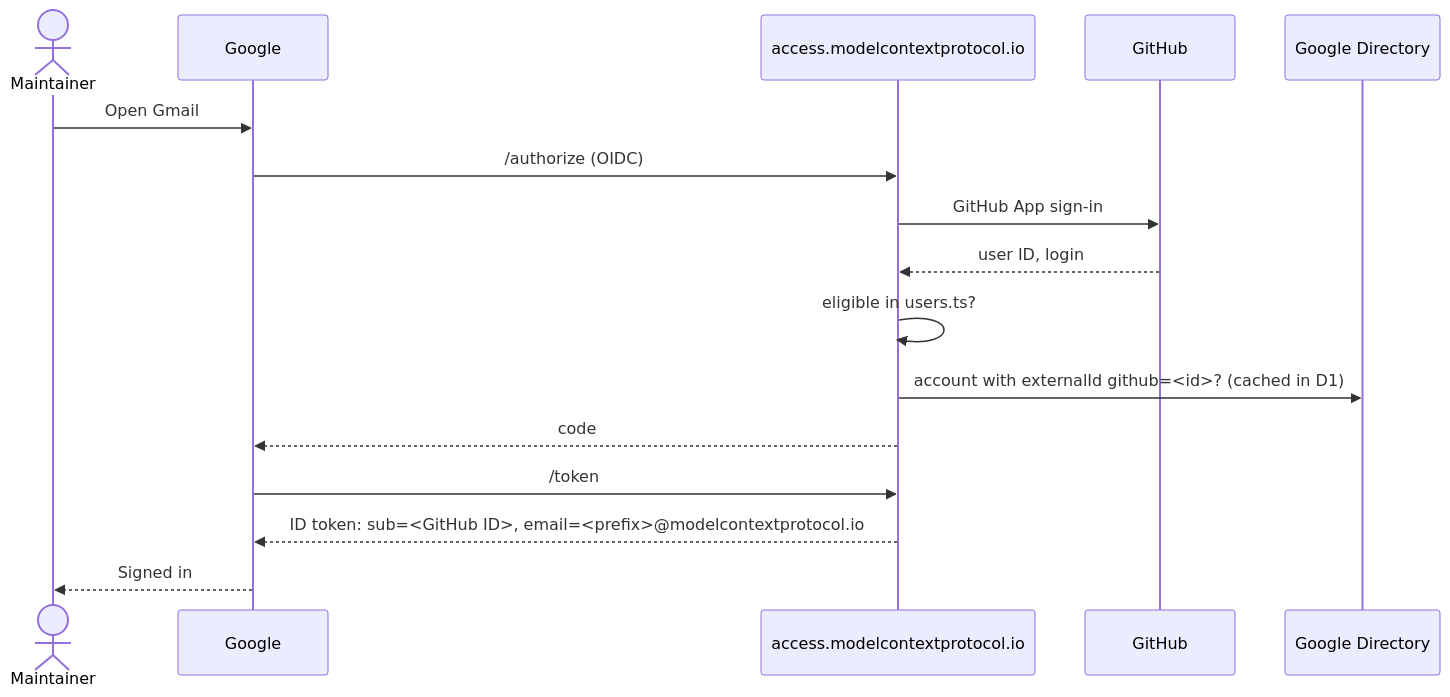
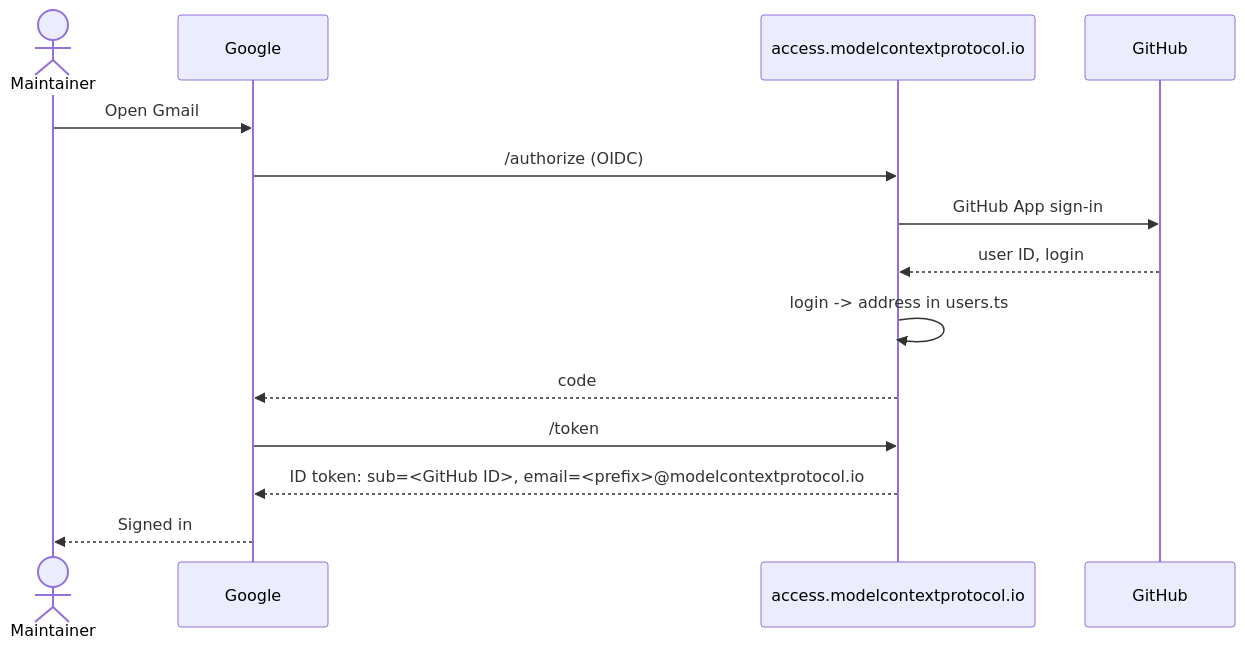
The diagram in access-site/README.md (modelcontextprotocol/access), drawn with Mermaid before and after one commit. The commit also changed other lines of this file and 26 other files, not shown here.

````diff
--- a/access-site/README.md
+++ b/access-site/README.md
@@ -15,18 +13,16 @@
 ```mermaid
 sequenceDiagram
   actor M as Maintainer
   participant G as Google
   participant W as access.modelcontextprotocol.io
   participant GH as GitHub
-  participant D as Google Directory
   M->>G: Open Gmail
   G->>W: /authorize (OIDC)
   W->>GH: GitHub App sign-in
   GH-->>W: user ID, login
-  W->>W: eligible in users.ts?
-  W->>D: account with externalId github=<id>? (cached in D1)
+  W->>W: login -> address in users.ts
   W-->>G: code
   G->>W: /token
   W-->>G: ID token: sub=<GitHub ID>, email=<prefix>@modelcontextprotocol.io
   G-->>M: Signed in
 ```
````
